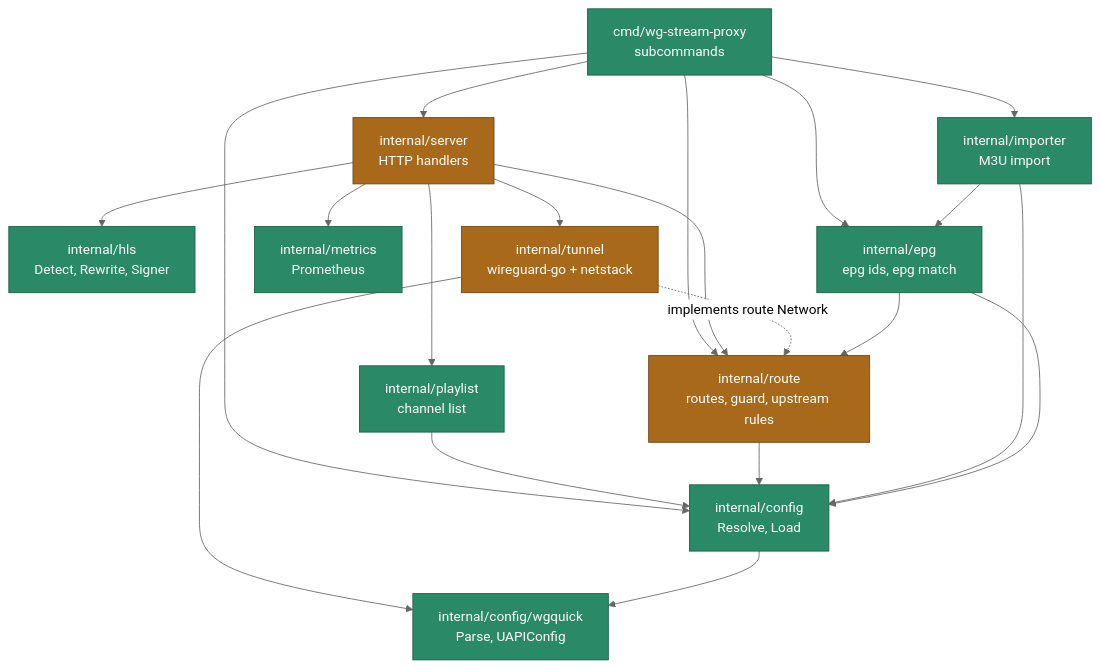
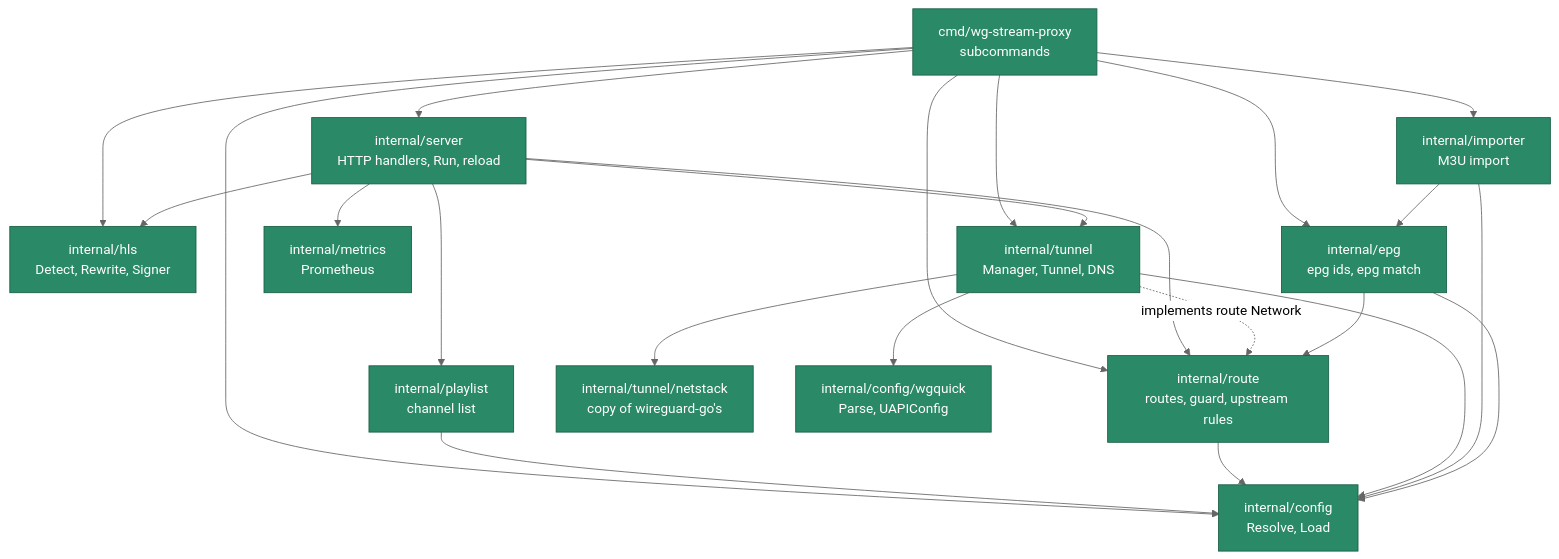
Diagram 14 of 17 in docs/architecture.md (KingOfKalk/wg-stream-proxy), drawn with Mermaid (neutral theme) before and after one commit. The commit also changed other lines of this file, not shown here.

Commit message:
docs: explain the internals of the running proxy in architecture.md (#62)

````diff
--- a/docs/architecture.md
+++ b/docs/architecture.md
@@ -442,28 +782,26 @@
 ```mermaid
 flowchart TD
     main["cmd/wg-stream-proxy<br/>subcommands"]:::done
-    server["internal/server<br/>HTTP handlers"]:::wip
+    server["internal/server<br/>HTTP handlers, Run, reload"]:::done
     playlist["internal/playlist<br/>channel list"]:::done
     hls["internal/hls<br/>Detect, Rewrite, Signer"]:::done
-    route["internal/route<br/>routes, guard, upstream rules"]:::wip
-    tunnel["internal/tunnel<br/>wireguard-go + netstack"]:::wip
+    route["internal/route<br/>routes, guard, upstream rules"]:::done
+    tunnel["internal/tunnel<br/>Manager, Tunnel, DNS"]:::done
+    netstack["internal/tunnel/netstack<br/>copy of wireguard-go's"]:::done
     config["internal/config<br/>Resolve, Load"]:::done
     wgquick["internal/config/wgquick<br/>Parse, UAPIConfig"]:::done
     metrics["internal/metrics<br/>Prometheus"]:::done
     importer["internal/importer<br/>M3U import"]:::done
     epg["internal/epg<br/>epg ids, epg match"]:::done
 
-    main --> server & config & importer & epg & route
+    main --> server & config & importer & epg & route & tunnel & hls
     server --> playlist & hls & route & tunnel & metrics
     playlist --> config
     route --> config
     tunnel -. "implements route Network" .-> route
-    tunnel --> wgquick
-    config --> wgquick
+    tunnel --> config & wgquick & netstack
     importer --> config & epg
     epg --> config & route
 
     classDef done fill:#2a8a68,stroke:#1a5e46,color:#ffffff
-    classDef wip fill:#a86a1a,stroke:#6e4511,color:#ffffff
-    classDef todo fill:#c3cad2,stroke:#5b6670,color:#1b1f24,stroke-dasharray:5 3
 ```
````
